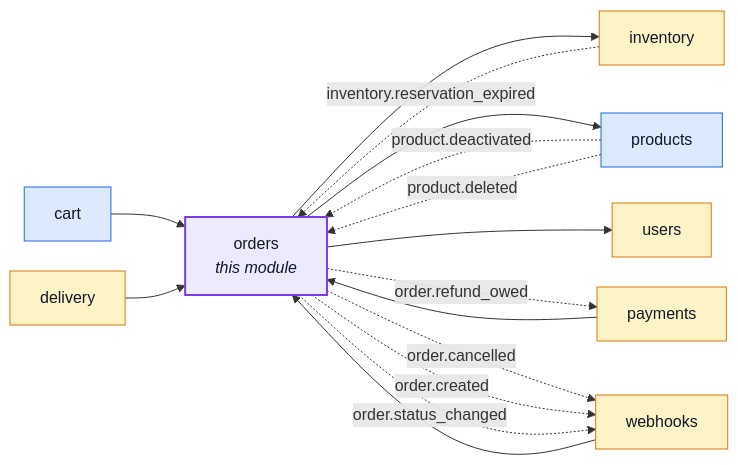
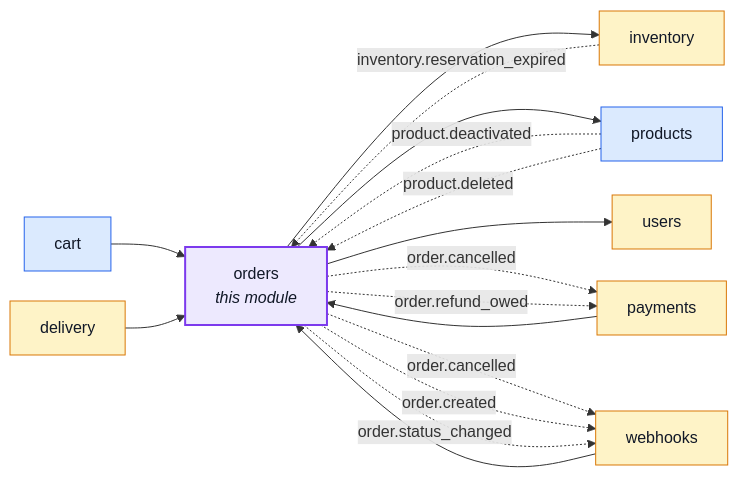
One commit to Guebbit/boilerplate-node-backend changed the first of 2 diagrams in docs/modules/orders.md. Above: the diagram before and after it, drawn with Mermaid. The commit also changed 6 other files, not shown here.

````diff
--- a/docs/modules/orders.md
+++ b/docs/modules/orders.md
@@ -16,35 +16,36 @@
 ```mermaid
 %%{init: {'flowchart': {'nodeSpacing': 30, 'rankSpacing': 60}}}%%
 flowchart LR
     orders["orders<br/><i>this module</i>"]
     cart["cart"]
     delivery["delivery"]
     inventory["inventory"]
     payments["payments"]
     products["products"]
     users["users"]
     webhooks["webhooks"]
 
     cart --> orders
     delivery --> orders
     payments --> orders
     webhooks --> orders
     orders --> inventory
     orders --> products
     orders --> users
     inventory -. "inventory.reservation_expired" .-> orders
     products -. "product.deactivated" .-> orders
     products -. "product.deleted" .-> orders
+    orders -. "order.cancelled" .-> payments
     orders -. "order.refund_owed" .-> payments
     orders -. "order.cancelled" .-> webhooks
     orders -. "order.created" .-> webhooks
     orders -. "order.status_changed" .-> webhooks
 
     classDef core fill:#dbeafe,stroke:#2563eb,color:#111827;
     classDef supporting fill:#fef3c7,stroke:#d97706,color:#111827;
     classDef generic fill:#dcfce7,stroke:#16a34a,color:#111827;
     classDef centre fill:#ede9fe,stroke:#7c3aed,stroke-width:2px,color:#111827;
     class cart,products core;
     class delivery,inventory,payments,users,webhooks supporting;
     class orders centre;
 ```
````
